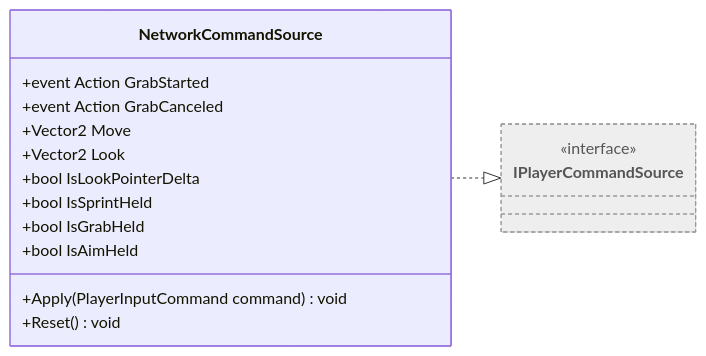
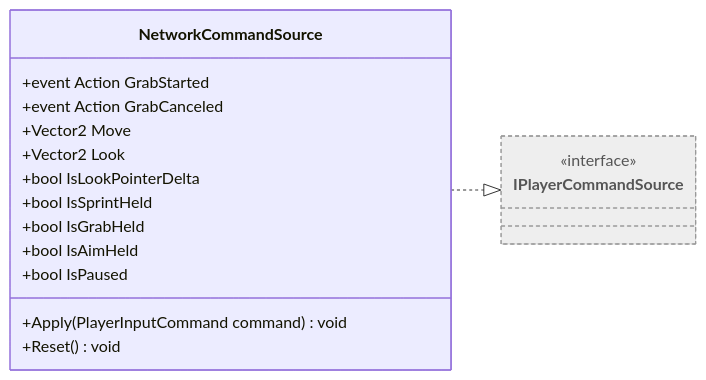
One commit to Chacashi/Alien-Farms changed the diagram in Docs/Arquitectura/Clases/Networking/NetworkCommandSource.md. Above: the diagram before and after it, drawn with Mermaid. The commit also changed 257 other files, not shown here.

````diff
--- a/Docs/Arquitectura/Clases/Networking/NetworkCommandSource.md
+++ b/Docs/Arquitectura/Clases/Networking/NetworkCommandSource.md
@@ -18,20 +18,21 @@
 ```mermaid
 classDiagram
   direction LR
   class NetworkCommandSource {
     +event Action GrabStarted
     +event Action GrabCanceled
     +Vector2 Move
     +Vector2 Look
     +bool IsLookPointerDelta
     +bool IsSprintHeld
     +bool IsGrabHeld
     +bool IsAimHeld
+    +bool IsPaused
     +Apply(PlayerInputCommand command) void
     +Reset() void
   }
   class IPlayerCommandSource:::external
   <<interface>> IPlayerCommandSource
   NetworkCommandSource ..|> IPlayerCommandSource
   classDef external fill:#eee,stroke:#999,stroke-dasharray: 4 3,color:#555
 ```
````
